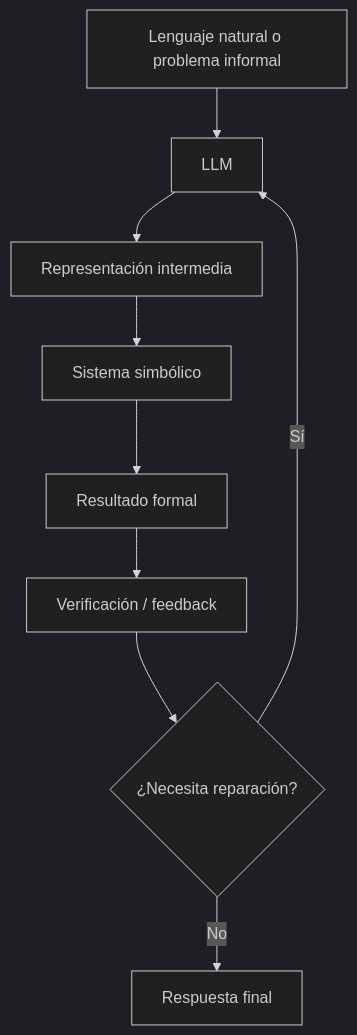
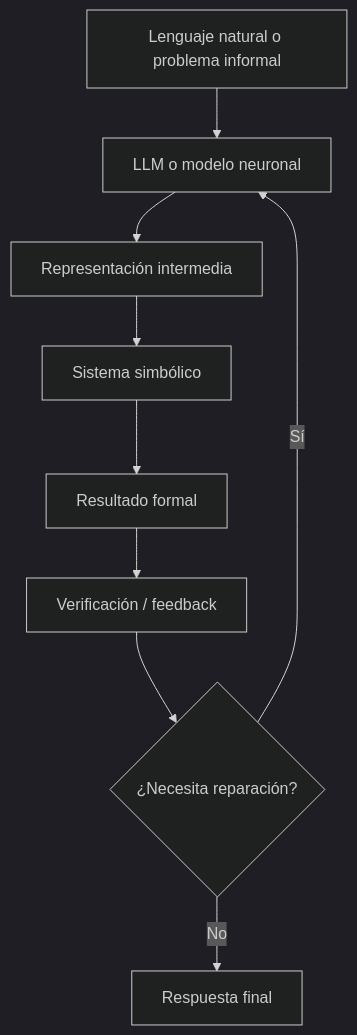
One commit to PachecoE2020/IA-Neurosimb-lica-en-Grandes-Modelos-de-Lenguaje changed the ninth of 9 diagrams in Section3/NeSy-LLM_Use_cases_and_pipelines.md. Above: the diagram before and after it, drawn with Mermaid (dark theme). The commit also changed other lines of this file and 47 other files, not shown here.

````diff
--- a/Section3/NeSy-LLM_Use_cases_and_pipelines.md
+++ b/Section3/NeSy-LLM_Use_cases_and_pipelines.md
@@ -600,11 +618,11 @@
 ```mermaid
 flowchart TD
-    A[Lenguaje natural o problema informal] --> B[LLM]
+    A[Lenguaje natural o problema informal] --> B[LLM o modelo neuronal]
     B --> C[Representación intermedia]
     C --> D[Sistema simbólico]
     D --> E[Resultado formal]
     E --> F[Verificación / feedback]
     F --> G{¿Necesita reparación?}
     G -- Sí --> B
     G -- No --> H[Respuesta final]
 ```
````
